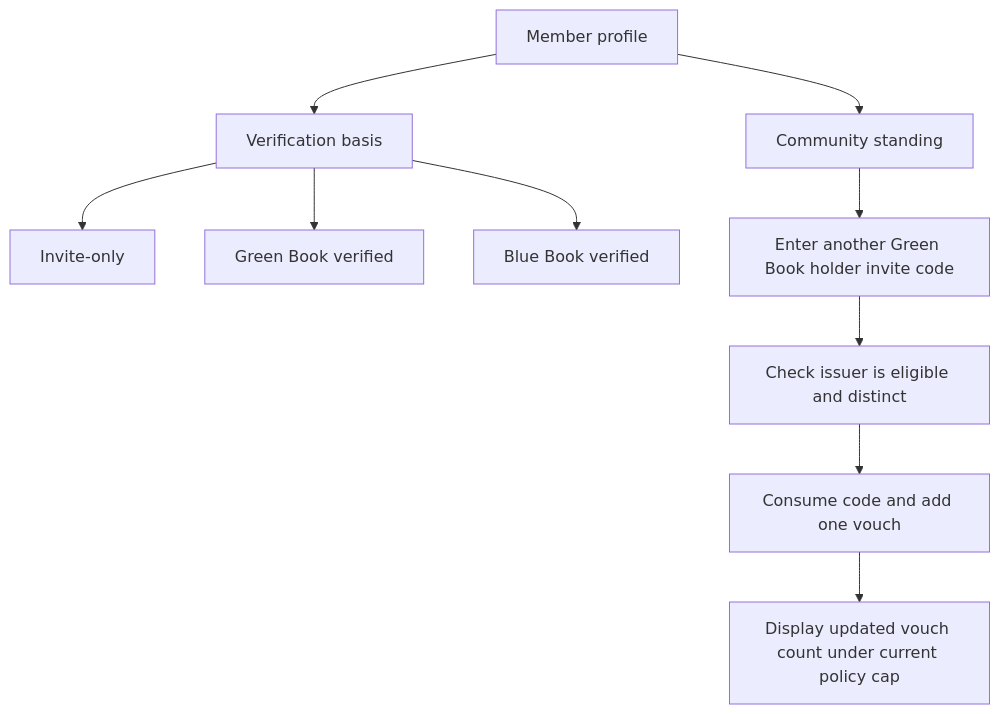
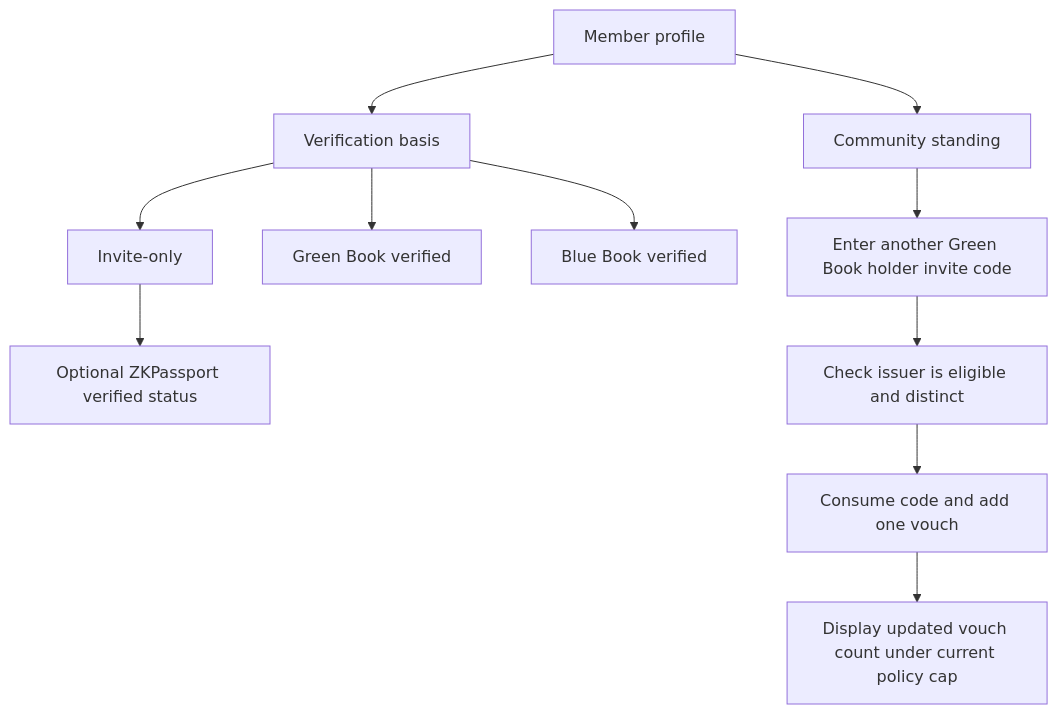
Before and after one commit to AlexJupiter/tibetan-id: the fourth of 6 diagrams in README.md, drawn with Mermaid. The commit also changed other lines of this file, not shown here.

Commit message:
Clarify verifier portal and independent invite flow

````diff
--- a/README.md
+++ b/README.md
@@ -226,14 +229,15 @@
 ```mermaid
 flowchart TD
     A[Member profile] --> B[Verification basis]
     A --> C[Community standing]
 
     B --> D[Invite-only]
     B --> E[Green Book verified]
     B --> F[Blue Book verified]
+    D --> X[Optional ZKPassport verified status]
 
     C --> G[Enter another Green Book holder invite code]
     G --> H[Check issuer is eligible and distinct]
     H --> I[Consume code and add one vouch]
     I --> J[Display updated vouch count under current policy cap]
 ```
````
